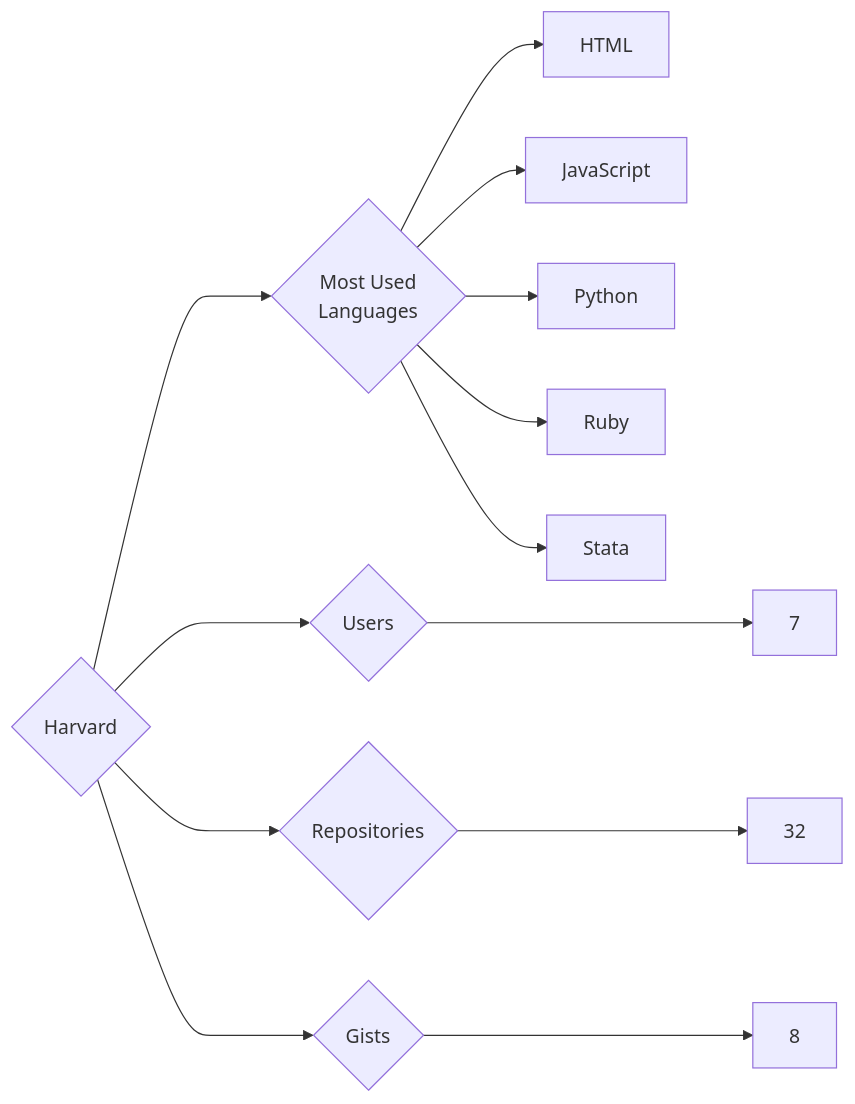
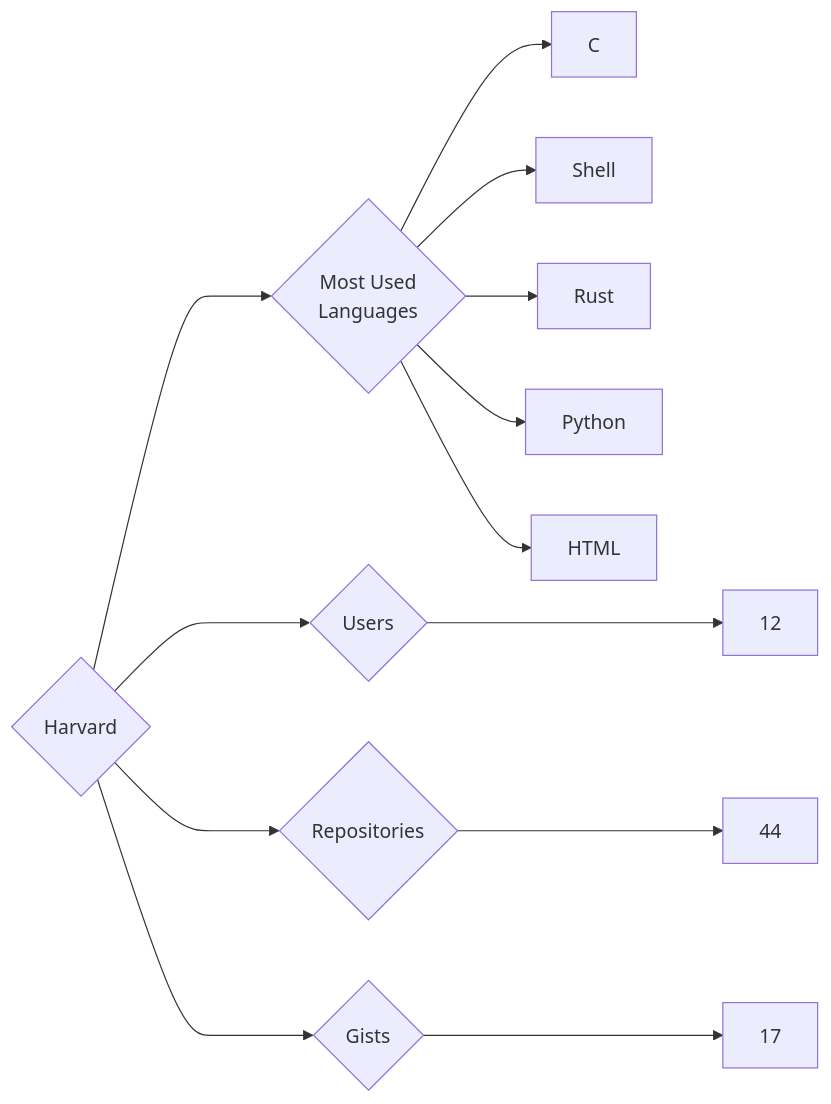
One commit to trickest/insiders changed the diagram in targets/Harvard/README.md. Above: the diagram before and after it, drawn with Mermaid. The commit also changed 1314 other files, not shown here.

````diff
--- a/targets/Harvard/README.md
+++ b/targets/Harvard/README.md
@@ -3,13 +3,13 @@
 ```mermaid
 graph LR
 COMPANY_NAME{Harvard}
-COMPANY_NAME ---> U{Users} ---> UN[7]
-COMPANY_NAME ---> R{Repositories} ---> RN[32]
-COMPANY_NAME ---> G{Gists} ---> GN[8]
+COMPANY_NAME ---> U{Users} ---> UN[12]
+COMPANY_NAME ---> R{Repositories} ---> RN[44]
+COMPANY_NAME ---> G{Gists} ---> GN[17]
 COMPANY_NAME ---> ML{Most Used<br>Languages}
+ML --> C[C]
+ML --> Shell[Shell]
+ML --> Rust[Rust]
+ML --> Python[Python]
 ML --> HTML[HTML]
-ML --> JavaScript[JavaScript]
-ML --> Python[Python]
-ML --> Ruby[Ruby]
-ML --> Stata[Stata]
 ```
````
